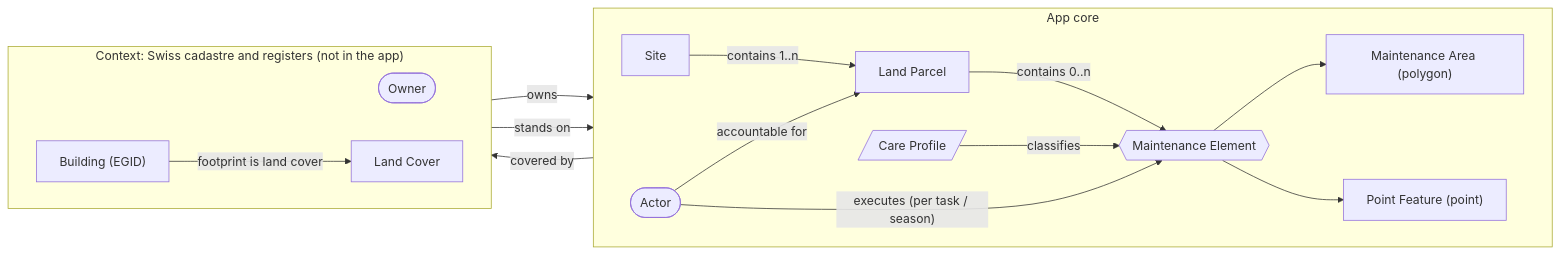
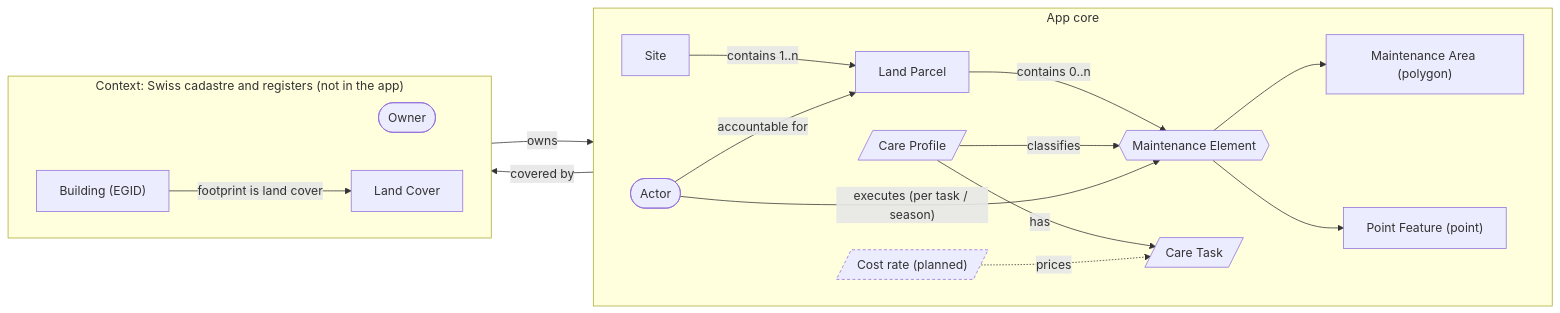
Before and after one commit to bbl-dres/green-inventory: the first of 2 diagrams in prototype-main/docs/DATAMODEL.md, drawn with Mermaid. The commit also changed other lines of this file and 1 other file, not shown here.

````diff
--- a/prototype-main/docs/DATAMODEL.md
+++ b/prototype-main/docs/DATAMODEL.md
@@ -40,30 +53,35 @@
 ```mermaid
 flowchart LR
     subgraph CORE["App core"]
         direction LR
         Site["Site"]
         Parcel["Land Parcel"]
         ME{{"Maintenance Element"}}
         Area["Maintenance Area (polygon)"]
         Point["Point Feature (point)"]
         Profile[/"Care Profile"/]
+        Task[/"Care Task"/]
+        Cost[/"Cost rate (planned)"/]
         Actor(["Actor"])
         Site -->|"contains 1..n"| Parcel
         Parcel -->|"contains 0..n"| ME
         ME --> Area
         ME --> Point
         Profile -->|classifies| ME
+        Profile -->|has| Task
+        Cost -.->|prices| Task
         Actor -->|"executes (per task / season)"| ME
         Actor -->|"accountable for"| Parcel
     end
     subgraph CTX["Context: Swiss cadastre and registers (not in the app)"]
         direction LR
         Owner(["Owner"])
         Cover["Land Cover"]
         Bldg["Building (EGID)"]
     end
     Owner -->|owns| Parcel
     Parcel -->|"covered by"| Cover
     Bldg -->|"footprint is land cover"| Cover
-    Bldg -->|"stands on"| Parcel
+    classDef planned stroke-dasharray:4 3;
+    class Cost planned;
 ```
````
